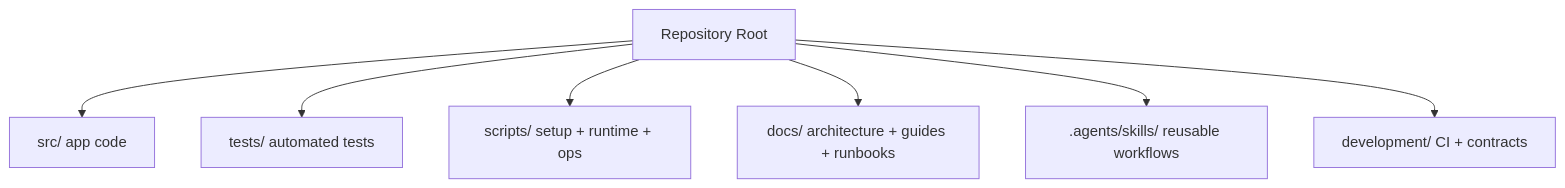
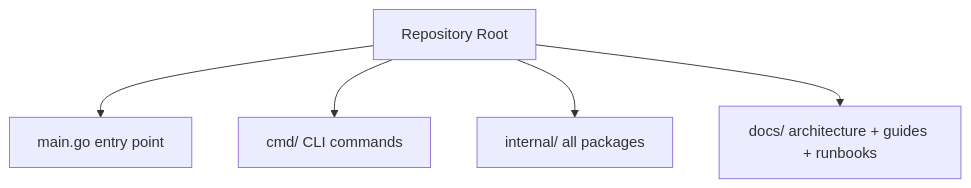
One commit to alexradunet/pocketbrain changed the diagram in docs/architecture/repository-structure.md. Above: the diagram before and after it, drawn with Mermaid. The commit also changed other lines of this file and 29 other files, not shown here.

````diff
--- a/docs/architecture/repository-structure.md
+++ b/docs/architecture/repository-structure.md
@@ -7,10 +7,8 @@
 ```mermaid
 flowchart TB
   Root[Repository Root]
-  Root --> Src[src/ app code]
-  Root --> Tests[tests/ automated tests]
-  Root --> Scripts[scripts/ setup + runtime + ops]
+  Root --> Main[main.go entry point]
+  Root --> Cmd[cmd/ CLI commands]
+  Root --> Internal[internal/ all packages]
   Root --> Docs[docs/ architecture + guides + runbooks]
-  Root --> Skills[.agents/skills/ reusable workflows]
-  Root --> Dev[development/ CI + contracts]
 ```
````
